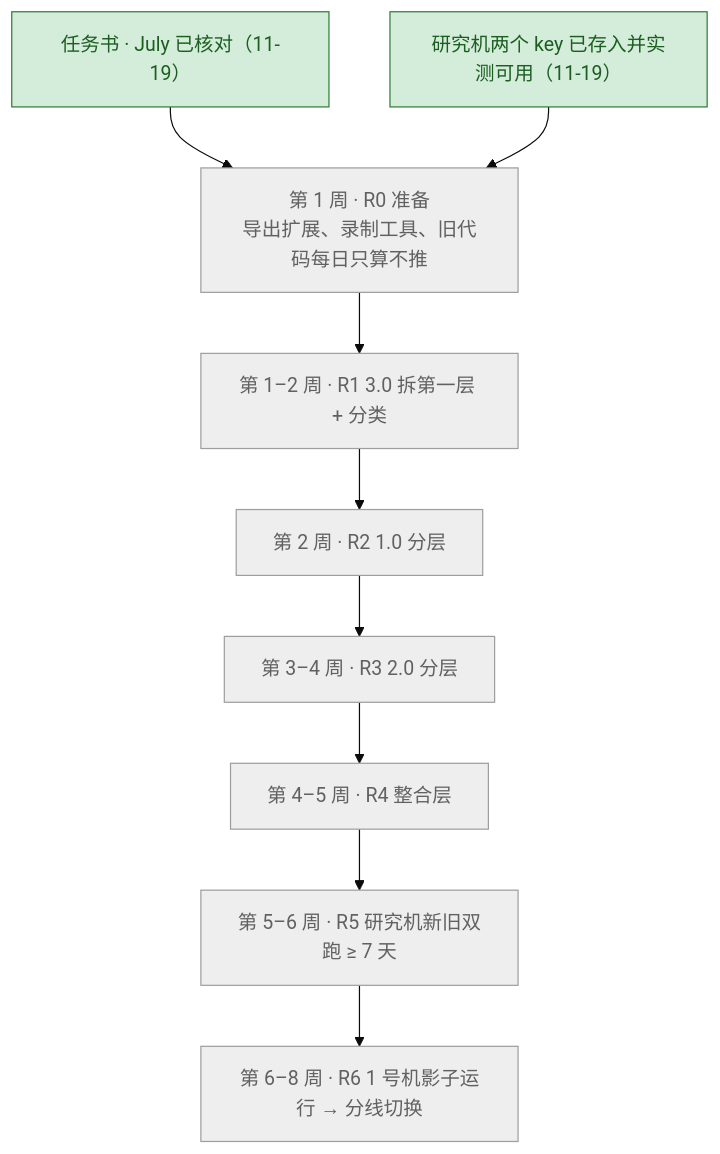
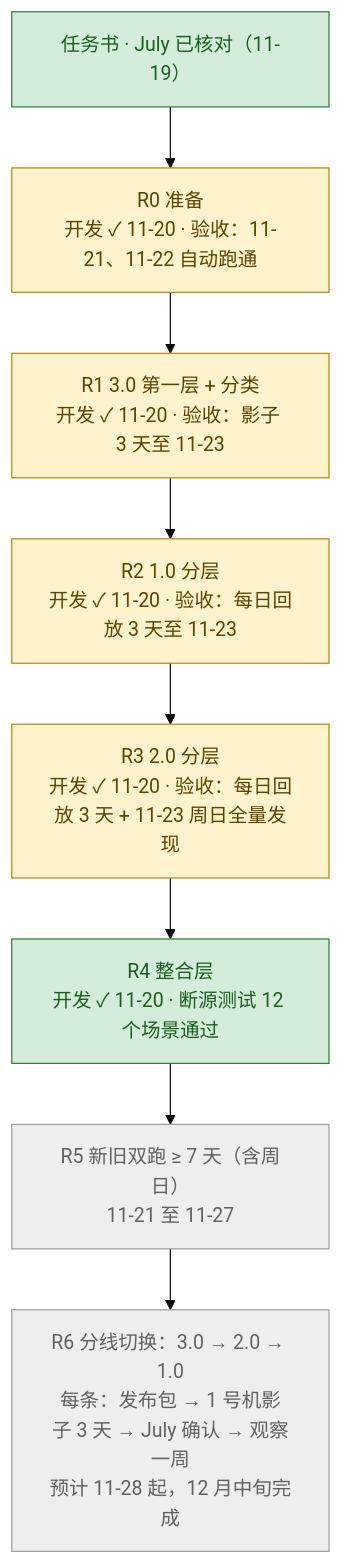
One commit to JulyWA/lp-monitor-3.0-snapshot changed the second of 10 diagrams in protocol-docs/lp-market-layered-refactor-brief.md. Above: the diagram before and after it, drawn with Mermaid (base theme). The commit also changed other lines of this file and 1 other file, not shown here.

Commit message:
docs: 11-20 进展——3.0 发布包 1.0.1 正式机影子运行；1.1.0 研究机试跑；分层重构 R0–R4 开发完成进入验收；任务书更新

````diff
--- a/protocol-docs/lp-market-layered-refactor-brief.md
+++ b/protocol-docs/lp-market-layered-refactor-brief.md
@@ -50,16 +50,15 @@
 ```mermaid
 flowchart TB
   D["任务书 · July 已核对（11-19）"]:::done
-  K["研究机两个 key 已存入并实测可用（11-19）"]:::done
-  D --> R0
-  K --> R0
-  R0["第 1 周 · R0 准备<br/>导出扩展、录制工具、旧代码每日只算不推"]:::todo
-  R0 --> R1["第 1–2 周 · R1 3.0 拆第一层 + 分类"]:::todo
-  R1 --> R2["第 2 周 · R2 1.0 分层"]:::todo
-  R2 --> R3["第 3–4 周 · R3 2.0 分层"]:::todo
-  R3 --> R4["第 4–5 周 · R4 整合层"]:::todo
-  R4 --> R5["第 5–6 周 · R5 研究机新旧双跑 ≥ 7 天"]:::todo
-  R5 --> R6["第 6–8 周 · R6 1 号机影子运行 → 分线切换"]:::todo
+  R0["R0 准备<br/>开发 ✓ 11-20 · 验收：11-21、11-22 自动跑通"]:::wip
+  R1["R1 3.0 第一层 + 分类<br/>开发 ✓ 11-20 · 验收：影子 3 天至 11-23"]:::wip
+  R2["R2 1.0 分层<br/>开发 ✓ 11-20 · 验收：每日回放 3 天至 11-23"]:::wip
+  R3["R3 2.0 分层<br/>开发 ✓ 11-20 · 验收：每日回放 3 天 + 11-23 周日全量发现"]:::wip
+  R4["R4 整合层<br/>开发 ✓ 11-20 · 断源测试 12 个场景通过"]:::done
+  R5["R5 新旧双跑 ≥ 7 天（含周日）<br/>11-21 至 11-27"]:::todo
+  R6["R6 分线切换：3.0 → 2.0 → 1.0<br/>每条：发布包 → 1 号机影子 3 天 → July 确认 → 观察一周<br/>预计 11-28 起，12 月中旬完成"]:::todo
+  D --> R0 --> R1 --> R2 --> R3 --> R4 --> R5 --> R6
   classDef done fill:#d4edda,stroke:#2e7d32,color:#1b5e20
+  classDef wip fill:#fff3cd,stroke:#b8860b,color:#5c4400
   classDef todo fill:#eeeeee,stroke:#9e9e9e,color:#616161
 ```
````
